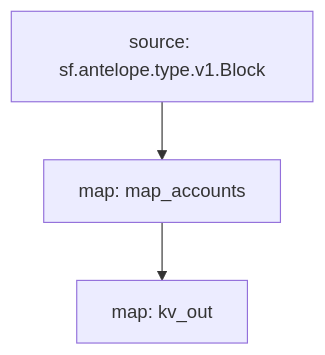
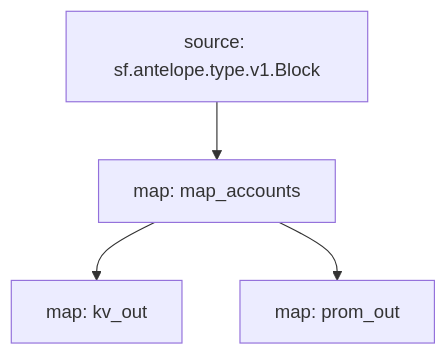
One commit to pinax-network/substreams changed the diagram in accounts/README.md. Above: the diagram before and after it, drawn with Mermaid. The commit also changed other lines of this file and 3 other files, not shown here.

Commit message:
add prom_out

````diff
--- a/accounts/README.md
+++ b/accounts/README.md
@@ -25,7 +25,9 @@
 ```mermaid
 graph TD;
   map_accounts[map: map_accounts]
   sf.antelope.type.v1.Block[source: sf.antelope.type.v1.Block] --> map_accounts
   kv_out[map: kv_out]
   map_accounts --> kv_out
+  prom_out[map: prom_out]
+  map_accounts --> prom_out
 ```
````
